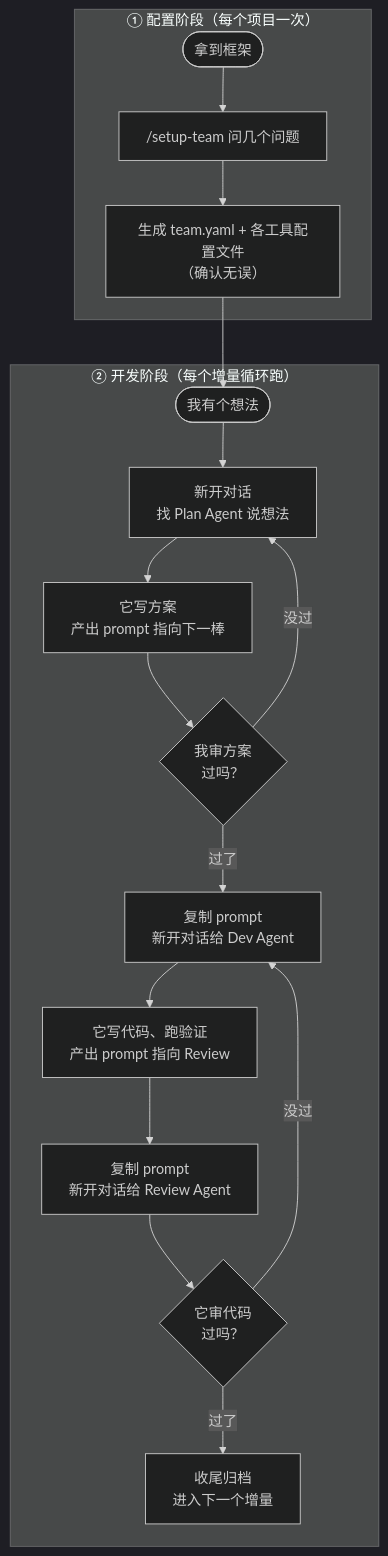
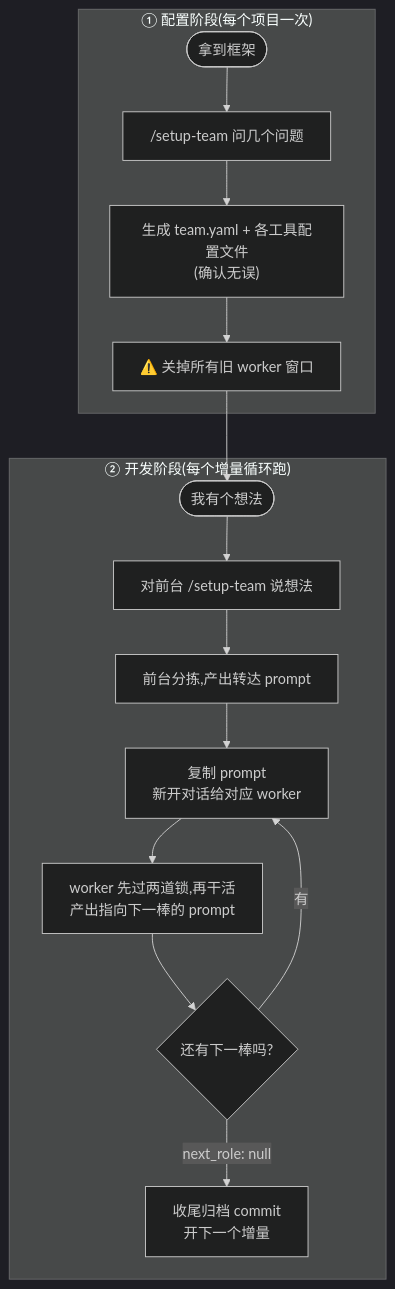
The diagram in README.md (Fu-fangteng/agent-emperor), drawn with Mermaid (dark theme) before and after one commit. The commit also changed other lines of this file and 1 other file, not shown here.

````diff
--- a/README.md
+++ b/README.md
@@ -55,22 +177,20 @@
 ```mermaid
 flowchart TD
-    subgraph P0["① 配置阶段（每个项目一次）"]
+    subgraph P0["① 配置阶段(每个项目一次)"]
         A0([拿到框架]) --> A1["/setup-team 问几个问题"]
-        A1 --> A2["生成 team.yaml + 各工具配置文件<br/>（确认无误）"]
+        A1 --> A2["生成 team.yaml + 各工具配置文件<br/>(确认无误)"]
+        A2 --> A3["⚠️ 关掉所有旧 worker 窗口"]
     end
 
-    A2 --> B0
+    A3 --> B0
 
-    subgraph P1["② 开发阶段（每个增量循环跑）"]
-        B0([我有个想法]) --> B1["新开对话<br/>找 Plan Agent 说想法"]
-        B1 --> B2["它写方案<br/>产出 prompt 指向下一棒"]
-        B2 --> B3{"我审方案<br/>过吗？"}
-        B3 -- 没过 --> B1
-        B3 -- 过了 --> B4["复制 prompt<br/>新开对话给 Dev Agent"]
-        B4 --> B5["它写代码、跑验证<br/>产出 prompt 指向 Review"]
-        B5 --> B6["复制 prompt<br/>新开对话给 Review Agent"]
-        B6 --> B7{"它审代码<br/>过吗？"}
-        B7 -- 没过 --> B4
-        B7 -- 过了 --> B8["收尾归档<br/>进入下一个增量"]
+    subgraph P1["② 开发阶段(每个增量循环跑)"]
+        B0([我有个想法]) --> B1["对前台 /setup-team 说想法"]
+        B1 --> B2["前台分拣,产出转达 prompt"]
+        B2 --> B3["复制 prompt<br/>新开对话给对应 worker"]
+        B3 --> B4["worker 先过两道锁,再干活<br/>产出指向下一棒的 prompt"]
+        B4 --> B5{"还有下一棒吗?"}
+        B5 -- 有 --> B3
+        B5 -- next_role: null --> B6["收尾归档 commit<br/>开下一个增量"]
     end
 ```
````
